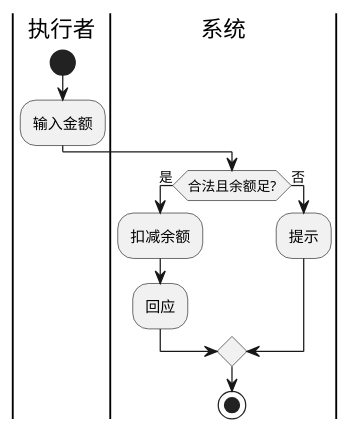
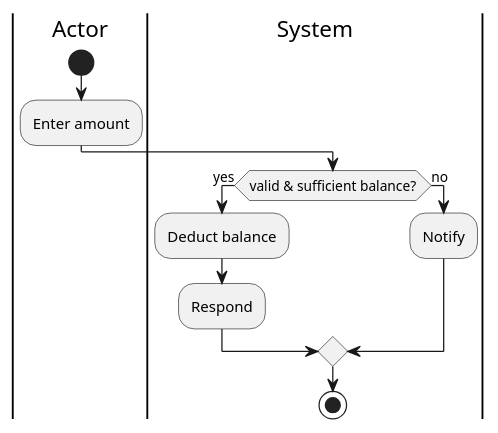
One commit to cpd13868584/abcd changed the sixth of 6 diagrams in shared/references/diagram-syntax.md. Above: the diagram before and after it, drawn with PlantUML. The commit also changed other lines of this file and 13 other files, not shown here.

````diff
--- a/shared/references/diagram-syntax.md
+++ b/shared/references/diagram-syntax.md
@@ -76,15 +76,15 @@
 ```plantuml
 @startuml
-|执行者|
+|Actor|
 start
-:输入金额;
-|系统|
-if (合法且余额足?) then (是)
-  :扣减余额;
-  :回应;
-else (否)
-  :提示;
+:Enter amount;
+|System|
+if (valid & sufficient balance?) then (yes)
+  :Deduct balance;
+  :Respond;
+else (no)
+  :Notify;
 endif
 stop
 @enduml
 ```
````
